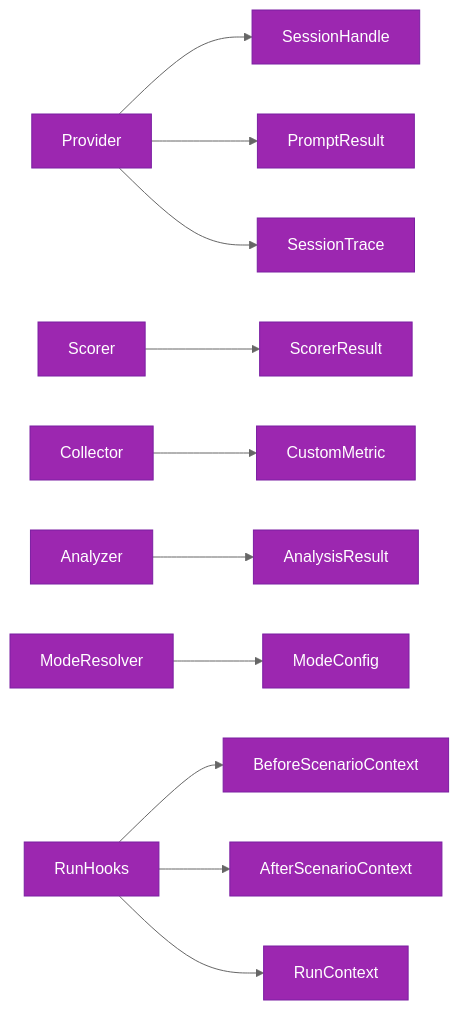
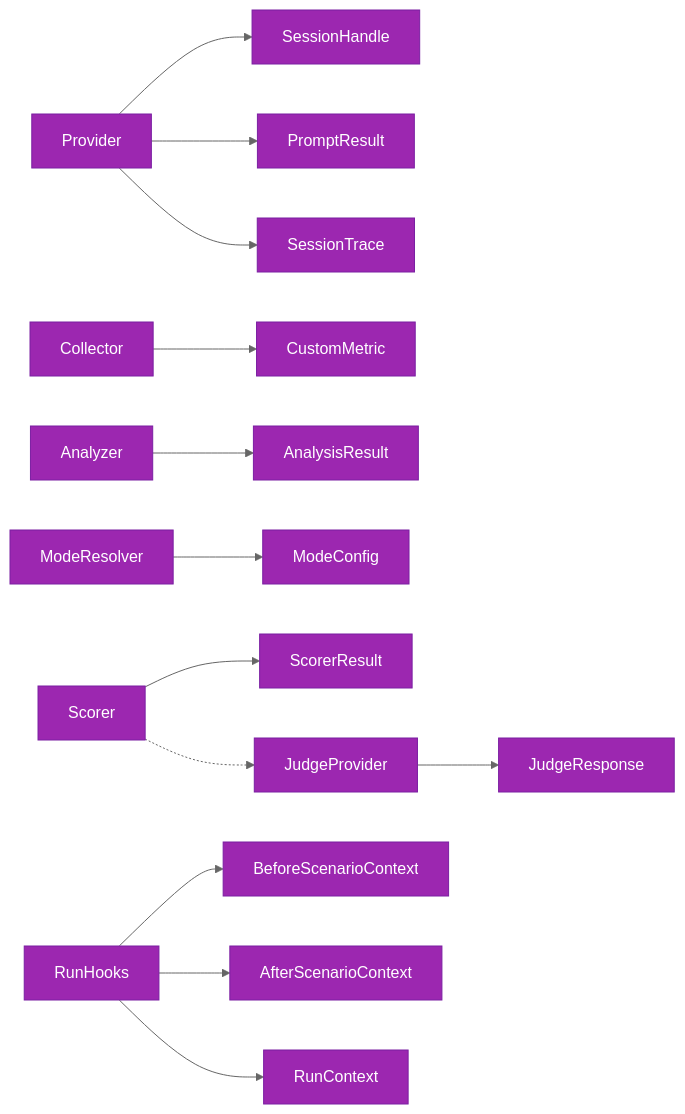
One commit to aryeko/ghx changed the diagram in packages/agent-profiler/docs/architecture/plugin-contracts.md. Above: the diagram before and after it, drawn with Mermaid. The commit also changed other lines of this file and 29 other files, not shown here.

````diff
--- a/packages/agent-profiler/docs/architecture/plugin-contracts.md
+++ b/packages/agent-profiler/docs/architecture/plugin-contracts.md
@@ -7,14 +7,16 @@
 ```mermaid
 %%{init: {'theme': 'base', 'themeVariables': {'primaryColor': '#9C27B0', 'primaryTextColor': '#fff', 'primaryBorderColor': '#7B1FA2', 'lineColor': '#666', 'secondaryColor': '#CE93D8', 'tertiaryColor': '#E1BEE7'}}}%%
 graph LR
     Provider --> SessionHandle
     Provider --> PromptResult
     Provider --> SessionTrace
     Scorer --> ScorerResult
     Collector --> CustomMetric
     Analyzer --> AnalysisResult
     ModeResolver --> ModeConfig
     RunHooks --> BeforeScenarioContext
     RunHooks --> AfterScenarioContext
     RunHooks --> RunContext
+    JudgeProvider --> JudgeResponse
+    Scorer -.-> JudgeProvider
 ```
````
